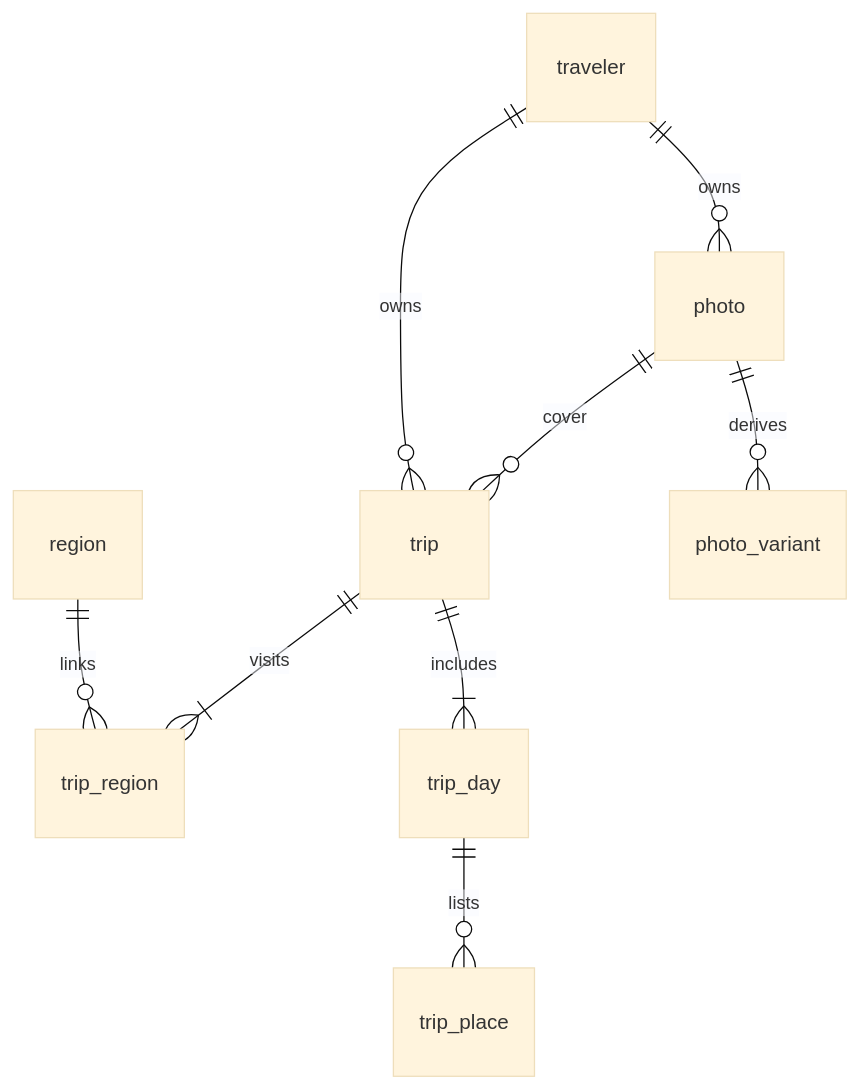
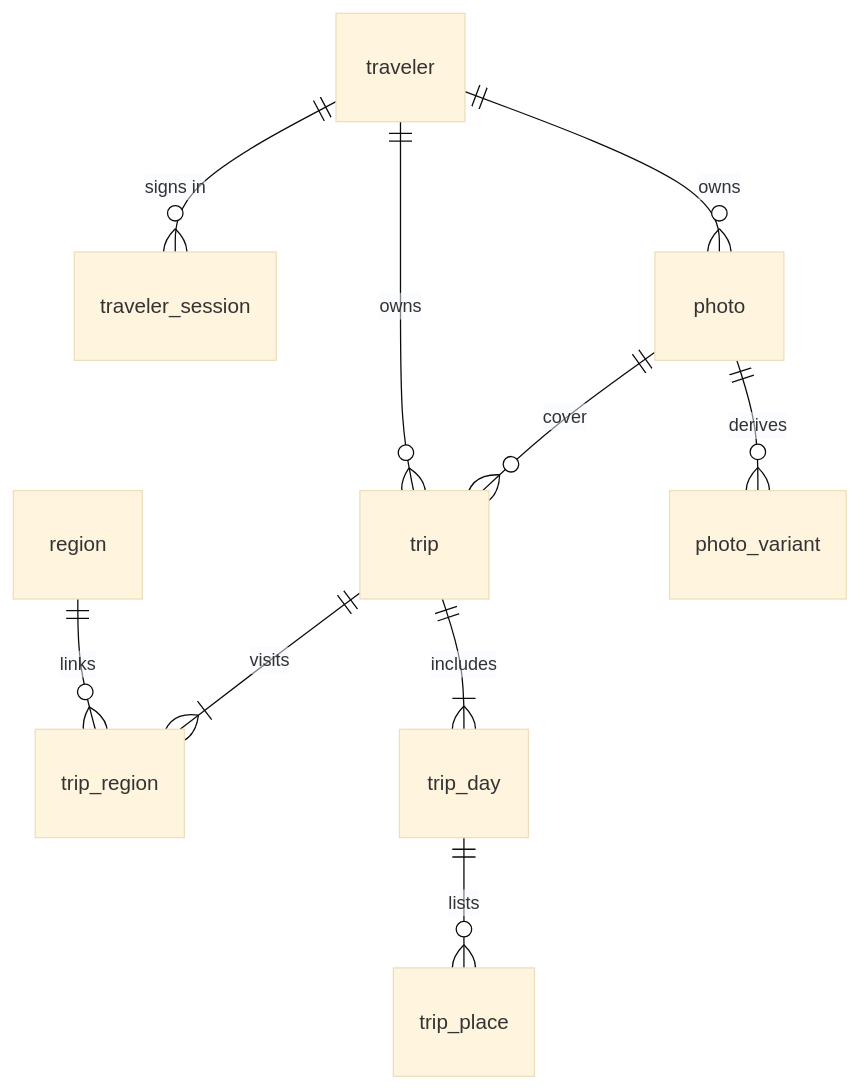
Before and after one commit to Ohhaeseo/chaeumdo: the diagram in docs/DATABASE.md, drawn with Mermaid (base theme). The commit also changed other lines of this file and 8 other files, not shown here.

````diff
--- a/docs/DATABASE.md
+++ b/docs/DATABASE.md
@@ -11,11 +11,12 @@
 ```mermaid
 erDiagram
+  traveler ||--o{ traveler_session : "signs in"
   traveler ||--o{ trip : owns
   traveler ||--o{ photo : owns
   region ||--o{ trip_region : links
   trip ||--|{ trip_region : visits
   photo ||--o{ trip : cover
   photo ||--o{ photo_variant : derives
   trip ||--|{ trip_day : includes
   trip_day ||--o{ trip_place : lists
 ```
````
